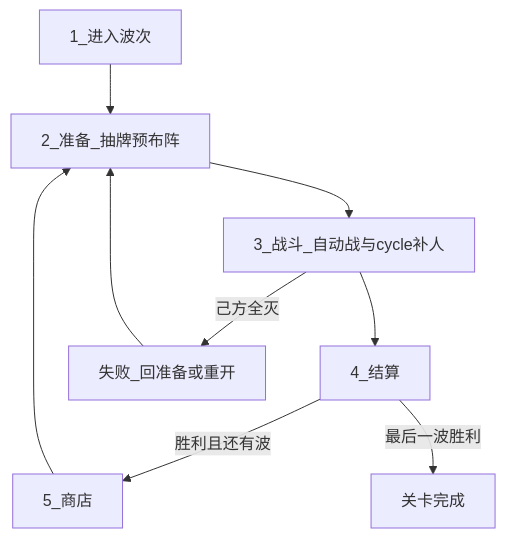
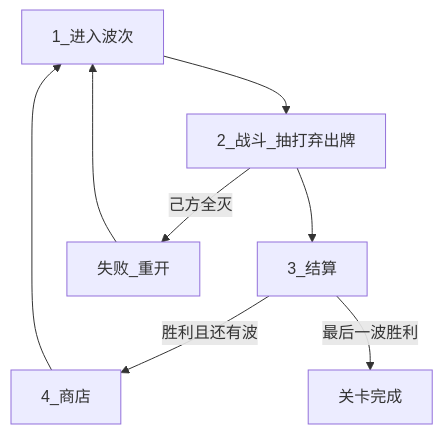
The second of 2 diagrams in Documents/GAME_VISION.md (Kanerickyz/Godot-Project---Clash-royale-like-Game), drawn with Mermaid before and after one commit. The commit also changed other lines of this file and 15 other files, not shown here.

````diff
--- a/Documents/GAME_VISION.md
+++ b/Documents/GAME_VISION.md
@@ -126,11 +117,10 @@
 ```mermaid
 flowchart TD
-    enterWave[1_进入波次] --> prepare[2_准备_抽牌预布阵]
-    prepare --> combat[3_战斗_自动战与cycle补人]
-    combat --> resolve[4_结算]
-    resolve -->|胜利且还有波| shop[5_商店]
-    shop --> prepare
+    enterWave[1_进入波次] --> combat[2_战斗_抽打弃出牌]
+    combat --> resolve[3_结算]
+    resolve -->|胜利且还有波| shop[4_商店]
+    shop --> enterWave
     resolve -->|最后一波胜利| levelWin[关卡完成]
-    combat -->|己方全灭| defeat[失败_回准备或重开]
-    defeat --> prepare
+    combat -->|己方全灭| defeat[失败_重开]
+    defeat --> enterWave
 ```
````
